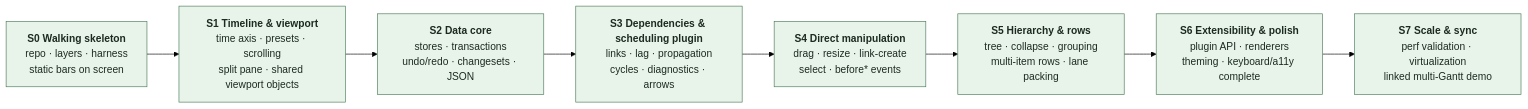
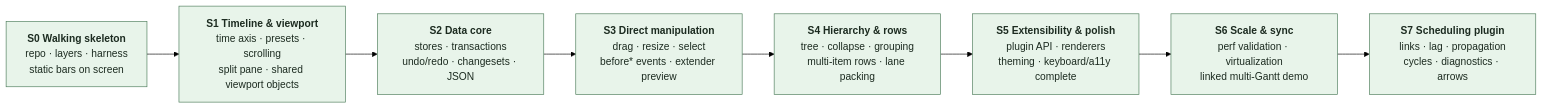
Before and after one commit to freegantt/freegantt: the diagram in plans/00-overview.md, drawn with Mermaid (forest theme). The commit also changed other lines of this file and 25 other files, not shown here.

First line of the commit message:
Put the scheduling plugin last (S7) so S3 can be direct manipulation.

````diff
--- a/plans/00-overview.md
+++ b/plans/00-overview.md
@@ -57,16 +59,16 @@
 ```mermaid
 flowchart LR
   S0["<b>S0 Walking skeleton</b><br/>repo · layers · harness<br/>static bars on screen"]
   S1["<b>S1 Timeline & viewport</b><br/>time axis · presets · scrolling<br/>split pane · shared viewport objects"]
   S2["<b>S2 Data core</b><br/>stores · transactions<br/>undo/redo · changesets · JSON"]
-  S3["<b>S3 Dependencies & scheduling plugin</b><br/>links · lag · propagation<br/>cycles · diagnostics · arrows"]
-  S4["<b>S4 Direct manipulation</b><br/>drag · resize · link-create<br/>select · before* events"]
-  S5["<b>S5 Hierarchy & rows</b><br/>tree · collapse · grouping<br/>multi-item rows · lane packing"]
-  S6["<b>S6 Extensibility & polish</b><br/>plugin API · renderers<br/>theming · keyboard/a11y complete"]
-  S7["<b>S7 Scale & sync</b><br/>perf validation · virtualization<br/>linked multi-Gantt demo"]
+  S3["<b>S3 Direct manipulation</b><br/>drag · resize · select<br/>before* events · extender preview"]
+  S4["<b>S4 Hierarchy & rows</b><br/>tree · collapse · grouping<br/>multi-item rows · lane packing"]
+  S5["<b>S5 Extensibility & polish</b><br/>plugin API · renderers<br/>theming · keyboard/a11y complete"]
+  S6["<b>S6 Scale & sync</b><br/>perf validation · virtualization<br/>linked multi-Gantt demo"]
+  S7["<b>S7 Scheduling plugin</b><br/>links · lag · propagation<br/>cycles · diagnostics · arrows"]
 
   S0 --> S1 --> S2 --> S3 --> S4 --> S5 --> S6 --> S7
 
   classDef s fill:#e8f4ea,stroke:#4a7a58,color:#1c2b20
   class S0,S1,S2,S3,S4,S5,S6,S7 s
 ```
````
